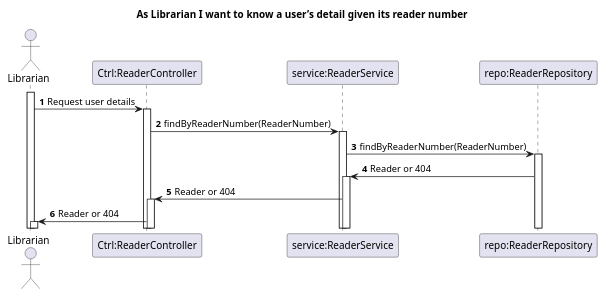
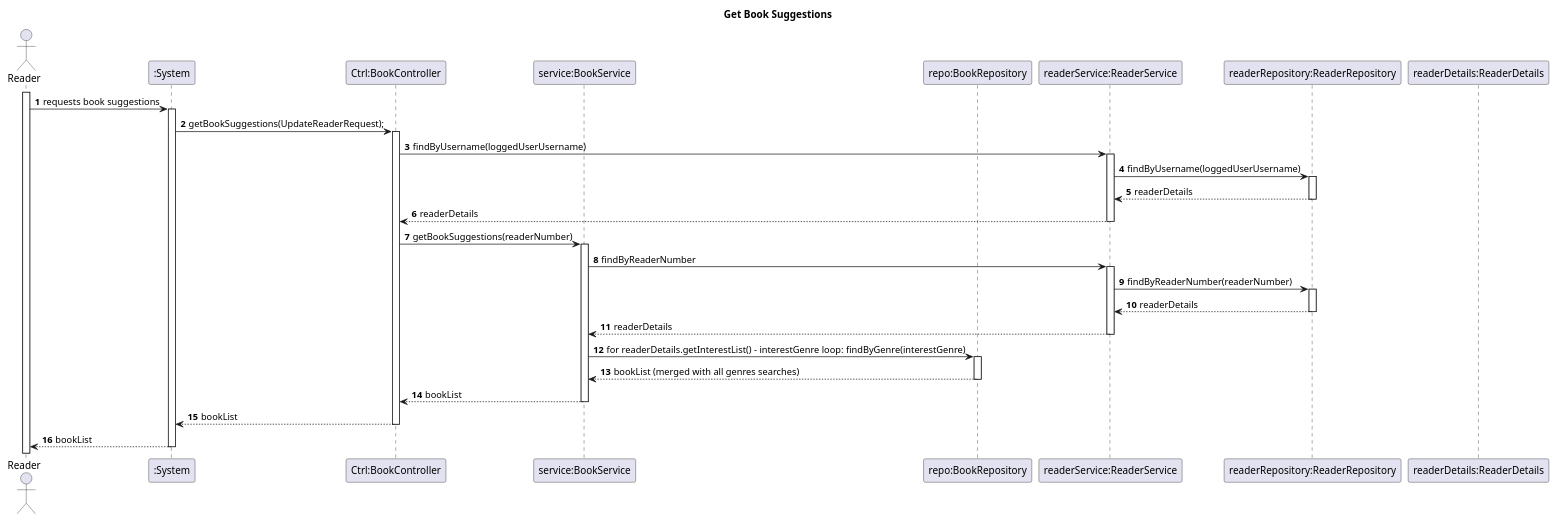
One commit to rutemf/1220944_1220772_G01 changed the diagram in Docs/Phase2/WP3B-Readers/Ph2-13-GetBookSuggestions/SD.puml. Above: the diagram before and after it, drawn with PlantUML. The commit also changed 2 other files, not shown here.

```diff
--- a/Docs/Phase2/WP3B-Readers/Ph2-13-GetBookSuggestions/SD.puml
+++ b/Docs/Phase2/WP3B-Readers/Ph2-13-GetBookSuggestions/SD.puml
@@ -1,21 +1,36 @@
 @startuml
 'https://plantuml.com/sequence-diagram
 autoactivate on
 autonumber
 
-title As Librarian I want to know a user’s detail given its reader number
+title Get Book Suggestions
 
-actor "Librarian" as User
-participant "Ctrl:ReaderController" as Ctrl
-participant "service:ReaderService" as Service
-participant "repo:ReaderRepository" as Repo
-activate User
+actor "Reader" as Reader
+participant ":System" as System
+participant "Ctrl:BookController" as Ctrl
+participant "service:BookService" as BookService
+participant "repo:BookRepository" as BookRepository
+participant "readerService:ReaderService" as ReaderService
+participant "readerRepository:ReaderRepository" as ReaderRepository
+participant "readerDetails:ReaderDetails" as ReaderDetails
 
-User -> Ctrl: Request user details
-Ctrl -> Service: findByReaderNumber(ReaderNumber)
-Service -> Repo: findByReaderNumber(ReaderNumber)
-Repo -> Service: Reader or 404
-Service -> Ctrl: Reader or 404
-Ctrl -> User: Reader or 404
+activate Reader
 
+Reader -> System: requests book suggestions
+
+System -> Ctrl: getBookSuggestions(UpdateReaderRequest);
+Ctrl -> ReaderService: findByUsername(loggedUserUsername)
+ReaderService -> ReaderRepository: findByUsername(loggedUserUsername)
+ReaderRepository --> ReaderService: readerDetails
+ReaderService --> Ctrl: readerDetails
+Ctrl -> BookService: getBookSuggestions(readerNumber)
+BookService -> ReaderService: findByReaderNumber
+ReaderService -> ReaderRepository: findByReaderNumber(readerNumber)
+ReaderRepository --> ReaderService: readerDetails
+ReaderService --> BookService: readerDetails
+BookService -> BookRepository: for readerDetails.getInterestList() - interestGenre loop: findByGenre(interestGenre)
+BookRepository --> BookService: bookList (merged with all genres searches)
+BookService --> Ctrl: bookList
+Ctrl --> System: bookList
+System --> Reader: bookList
 @enduml
```
